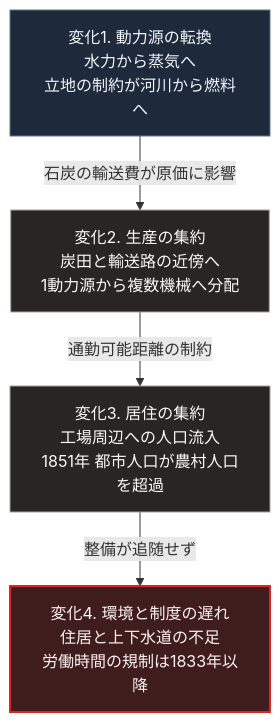
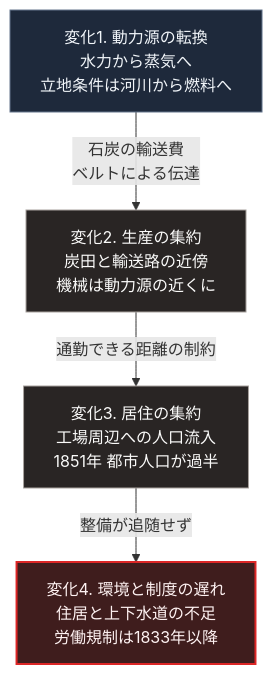
One commit to Takenori-Kusaka/zenn-content changed the diagram in books/sovereign-resilience-blueprint/04_industrial-revolution-urbanization.md. Above: the diagram before and after it, drawn with Mermaid. The commit also changed other lines of this file and 114 other files, not shown here.

````diff
--- a/books/sovereign-resilience-blueprint/04_industrial-revolution-urbanization.md
+++ b/books/sovereign-resilience-blueprint/04_industrial-revolution-urbanization.md
@@ -69,12 +69,12 @@
 ```mermaid
 flowchart TD
-    A[変化1. 動力源の転換<br>水力から蒸気へ<br>立地の制約が河川から燃料へ]
-    A -->|石炭の輸送費が原価に影響| B[変化2. 生産の集約<br>炭田と輸送路の近傍へ<br>1動力源から複数機械へ分配]
-    B -->|通勤可能距離の制約| C[変化3. 居住の集約<br>工場周辺への人口流入<br>1851年 都市人口が農村人口を超過]
-    C -->|整備が追随せず| D[変化4. 環境と制度の遅れ<br>住居と上下水道の不足<br>労働時間の規制は1833年以降]
+    A[変化1. 動力源の転換<br>水力から蒸気へ<br>立地条件は河川から燃料へ]
+    A -->|石炭の輸送費<br>ベルトによる伝達| B[変化2. 生産の集約<br>炭田と輸送路の近傍<br>機械は動力源の近くに]
+    B -->|通勤できる距離の制約| C[変化3. 居住の集約<br>工場周辺への人口流入<br>1851年 都市人口が過半]
+    C -->|整備が追随せず| D[変化4. 環境と制度の遅れ<br>住居と上下水道の不足<br>労働規制は1833年以降]
 
     style A fill:#1e293b,stroke:#64748b,color:#f1f5f9
     style B fill:#292524,stroke:#a8a29e,color:#fafaf9
     style C fill:#292524,stroke:#a8a29e,color:#fafaf9
     style D fill:#3f1d1d,stroke:#dc2626,stroke-width:2px,color:#fef2f2
 ```
````
